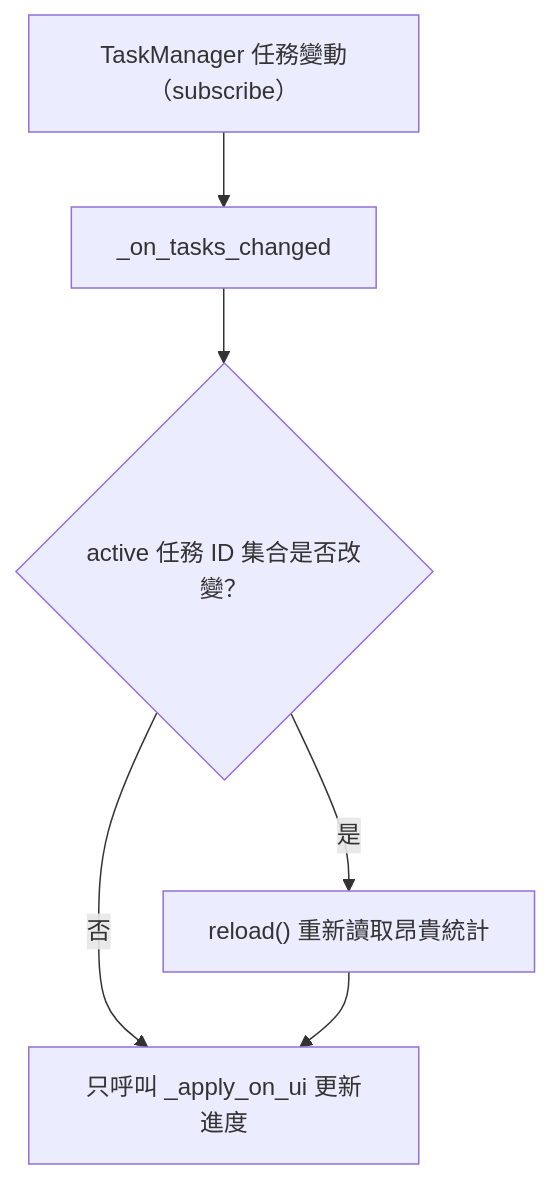
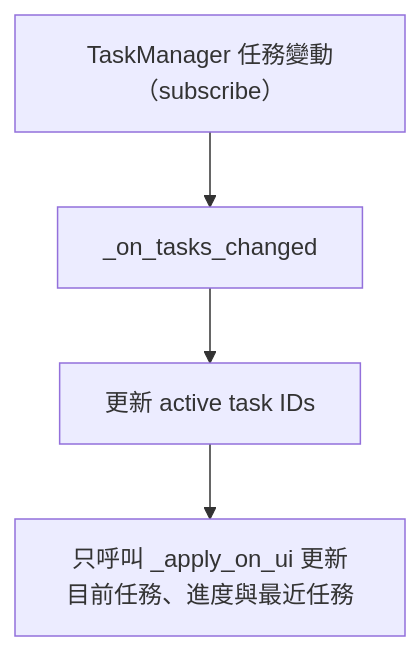
One commit to jlin53882/Minecraft-translate changed the second of 4 diagrams in docs/page_flows/dashboard.md. Above: the diagram before and after it, drawn with Mermaid. The commit also changed other lines of this file and 88 other files, not shown here.

````diff
--- a/docs/page_flows/dashboard.md
+++ b/docs/page_flows/dashboard.md
@@ -32,8 +32,6 @@
 ```mermaid
 flowchart TD
   T["TaskManager 任務變動（subscribe）"] --> U["_on_tasks_changed"]
-  U --> V{"active 任務 ID 集合是否改變？"}
-  V -- 是 --> W["reload() 重新讀取昂貴統計"]
-  V -- 否 --> X["只呼叫 _apply_on_ui 更新進度"]
-  W --> X
+  U --> V["更新 active task IDs"]
+  V --> X["只呼叫 _apply_on_ui 更新目前任務、進度與最近任務"]
 ```
````
